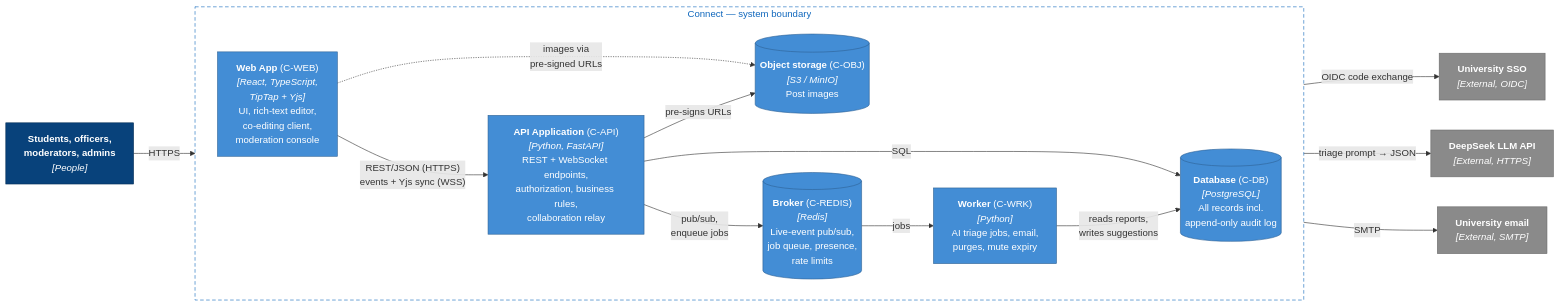
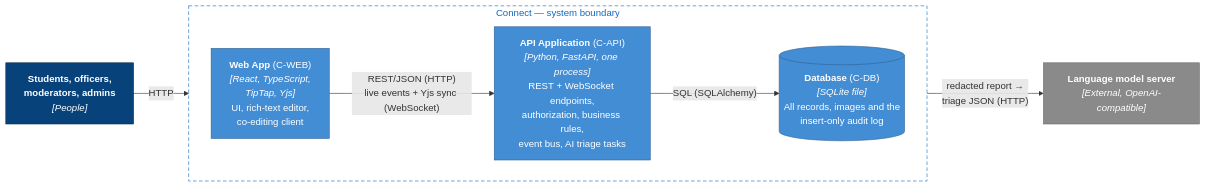
One commit to dereksodo/AmazingNetwork changed the diagram in docs/diagrams/c4-container.mmd. Above: the diagram before and after it, drawn with Mermaid. The commit also changed 19 other files, not shown here.

First line of the commit message:
docs(architecture): update diagrams and decision records as built

```diff
--- a/docs/diagrams/c4-container.mmd
+++ b/docs/diagrams/c4-container.mmd
@@ -1,37 +1,21 @@
-%% C4 Level 2 — Containers of Connect
+%% C4 Level 2 — Containers of Connect, as built
 flowchart LR
   users["<b>Students, officers,<br/>moderators, admins</b><br/><i>[People]</i>"]
-
   subgraph boundary["Connect — system boundary"]
     direction LR
-    web["<b>Web App</b> (C-WEB)<br/><i>[React, TypeScript,<br/>TipTap + Yjs]</i><br/>UI, rich-text editor,<br/>co-editing client,<br/>moderation console"]
-    api["<b>API Application</b> (C-API)<br/><i>[Python, FastAPI]</i><br/>REST + WebSocket endpoints,<br/>authorization, business rules,<br/>collaboration relay"]
-    worker["<b>Worker</b> (C-WRK)<br/><i>[Python]</i><br/>AI triage jobs, email,<br/>purges, mute expiry"]
-    db[("<b>Database</b> (C-DB)<br/><i>[PostgreSQL]</i><br/>All records incl.<br/>append-only audit log")]
-    redis[("<b>Broker</b> (C-REDIS)<br/><i>[Redis]</i><br/>Live-event pub/sub,<br/>job queue, presence,<br/>rate limits")]
-    obj[("<b>Object storage</b> (C-OBJ)<br/><i>[S3 / MinIO]</i><br/>Post images")]
+    web["<b>Web App</b> (C-WEB)<br/><i>[React, TypeScript,<br/>TipTap, Yjs]</i><br/>UI, rich-text editor,<br/>co-editing client"]
+    api["<b>API Application</b> (C-API)<br/><i>[Python, FastAPI, one process]</i><br/>REST + WebSocket endpoints,<br/>authorization, business rules,<br/>event bus, AI triage tasks"]
+    db[("<b>Database</b> (C-DB)<br/><i>[SQLite file]</i><br/>All records, images and the<br/>insert-only audit log")]
   end
-
-  sso["<b>University SSO</b><br/><i>[External, OIDC]</i>"]
-  llm["<b>DeepSeek LLM API</b><br/><i>[External, HTTPS]</i>"]
-  email["<b>University email</b><br/><i>[External, SMTP]</i>"]
-
-  users -- "HTTPS" --> web
-  web -- "REST/JSON (HTTPS)<br/>events + Yjs sync (WSS)" --> api
-  web -. "images via<br/>pre-signed URLs" .-> obj
-  api -- "SQL" --> db
-  api -- "pub/sub,<br/>enqueue jobs" --> redis
-  api -- "pre-signs URLs" --> obj
-  api -- "OIDC code exchange" --> sso
-  redis -- "jobs" --> worker
-  worker -- "reads reports,<br/>writes suggestions" --> db
-  worker -- "triage prompt → JSON" --> llm
-  worker -- "SMTP" --> email
-
+  llm["<b>Language model server</b><br/><i>[External, OpenAI-compatible]</i>"]
+  users -- "HTTP" --> web
+  web -- "REST/JSON (HTTP)<br/>live events + Yjs sync (WebSocket)" --> api
+  api -- "SQL (SQLAlchemy)" --> db
+  api -- "redacted report →<br/>triage JSON (HTTP)" --> llm
   classDef person fill:#08427b,stroke:#052e56,color:#fff
   classDef container fill:#438dd5,stroke:#2e6295,color:#fff
   classDef external fill:#8a8a8a,stroke:#6b6b6b,color:#fff
   class users person
-  class web,api,worker,db,redis,obj container
-  class sso,llm,email external
+  class web,api,db container
+  class llm external
   style boundary fill:none,stroke:#1168bd,stroke-dasharray:6 4,color:#1168bd
```
